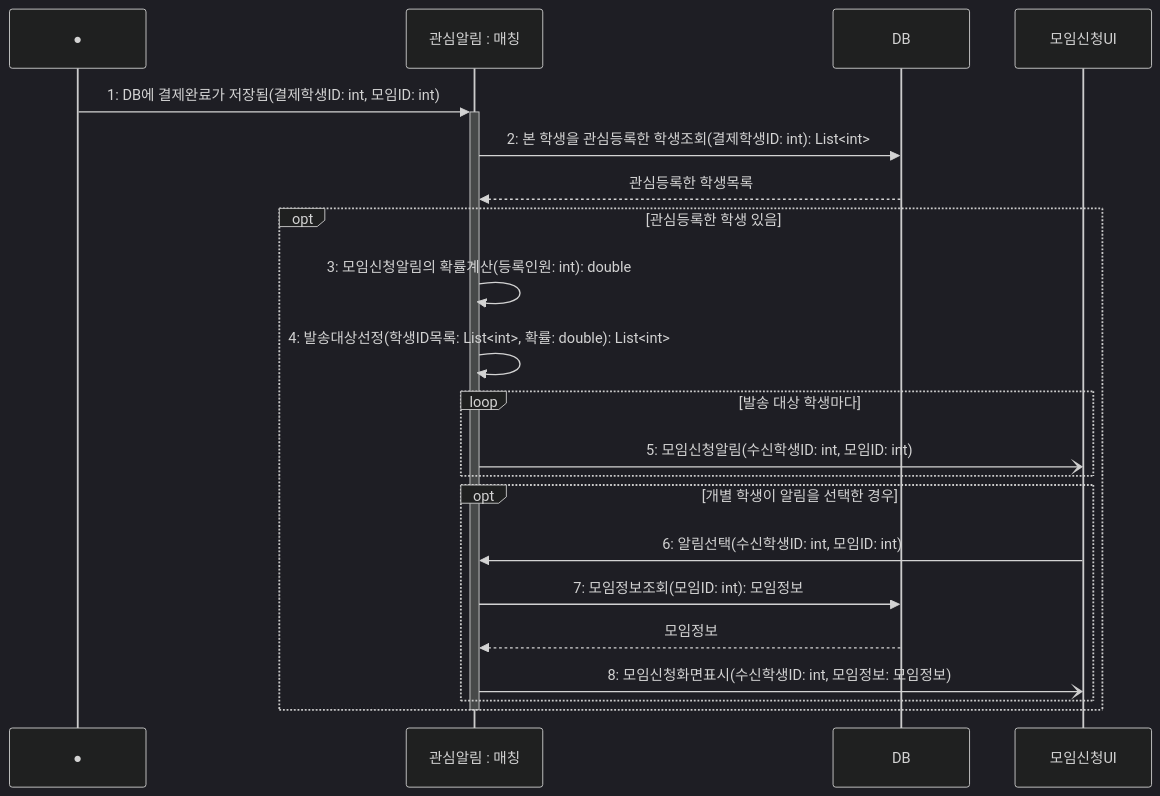
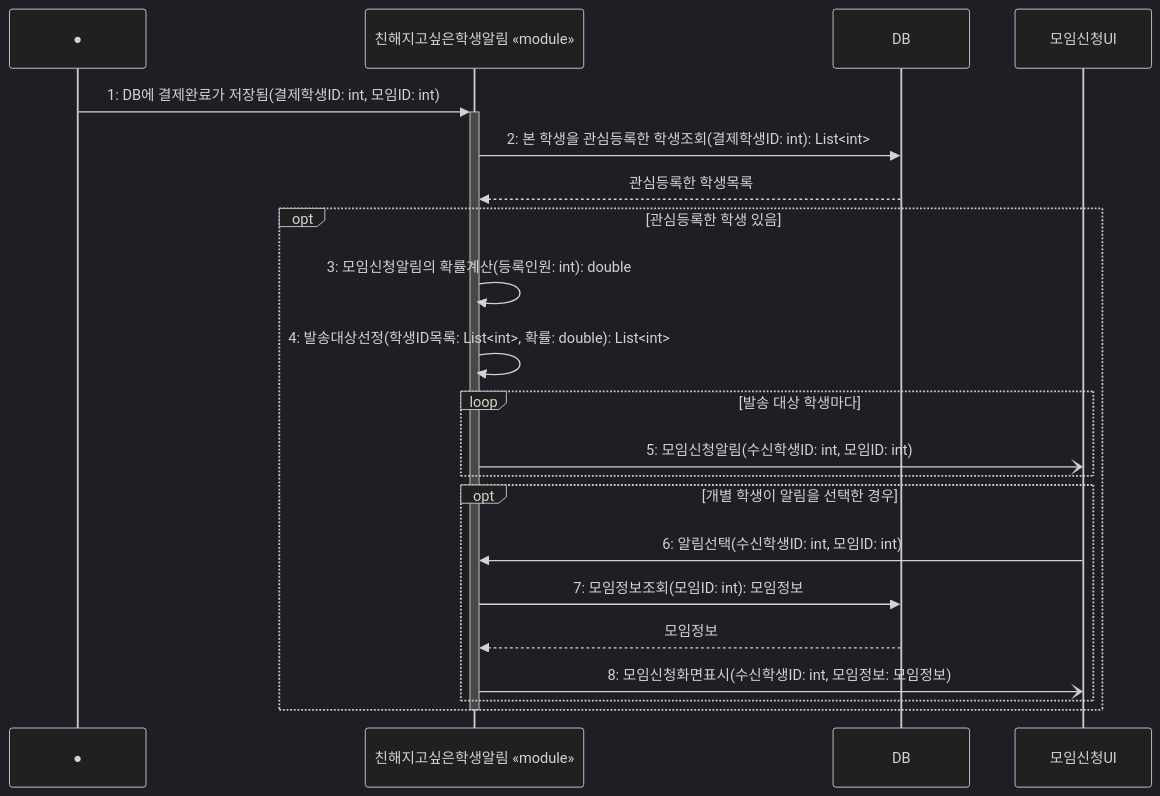
One commit to hojae3/sw-engineering-16 changed the diagram in presentation/03/2-sequence.md. Above: the diagram before and after it, drawn with Mermaid (dark theme). The commit also changed other lines of this file and 2 other files, not shown here.

Commit message:
[presentation] 3번: 라이프라인을 친해지고싶은학생알림 «module»로, 클래스 다이어그램을 시퀀스(원본 메시지)에 맞춤

````diff
--- a/presentation/03/2-sequence.md
+++ b/presentation/03/2-sequence.md
@@ -5,26 +5,26 @@
 ```mermaid
 sequenceDiagram
     participant Found as ●
-    participant 알림 as 관심알림 : 매칭
+    participant 알림 as 친해지고싶은학생알림 «module»
     participant DB as DB
     participant 화면 as 모임신청UI
 
     Found->>+알림: 1: DB에 결제완료가 저장됨(결제학생ID: int, 모임ID: int)
     알림->>DB: 2: 본 학생을 관심등록한 학생조회(결제학생ID: int): List<int>
     DB-->>알림: 관심등록한 학생목록
 
     opt 관심등록한 학생 있음
         알림->>알림: 3: 모임신청알림의 확률계산(등록인원: int): double
         알림->>알림: 4: 발송대상선정(학생ID목록: List<int>, 확률: double): List<int>
         loop 발송 대상 학생마다
             알림-)화면: 5: 모임신청알림(수신학생ID: int, 모임ID: int)
         end
         opt 개별 학생이 알림을 선택한 경우
             화면->>알림: 6: 알림선택(수신학생ID: int, 모임ID: int)
             알림->>DB: 7: 모임정보조회(모임ID: int): 모임정보
             DB-->>알림: 모임정보
             알림-)화면: 8: 모임신청화면표시(수신학생ID: int, 모임정보: 모임정보)
         end
     end
     deactivate 알림
 ```
````
